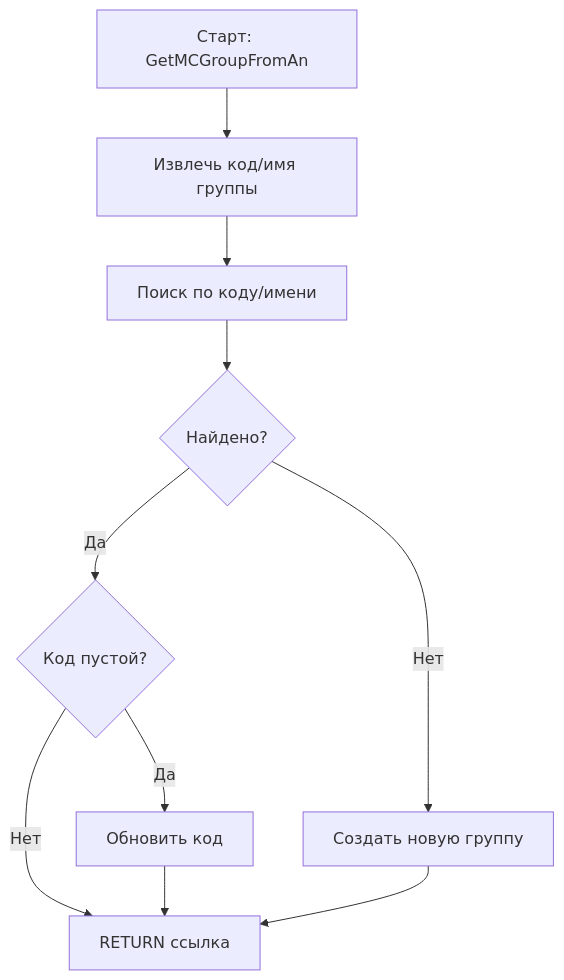
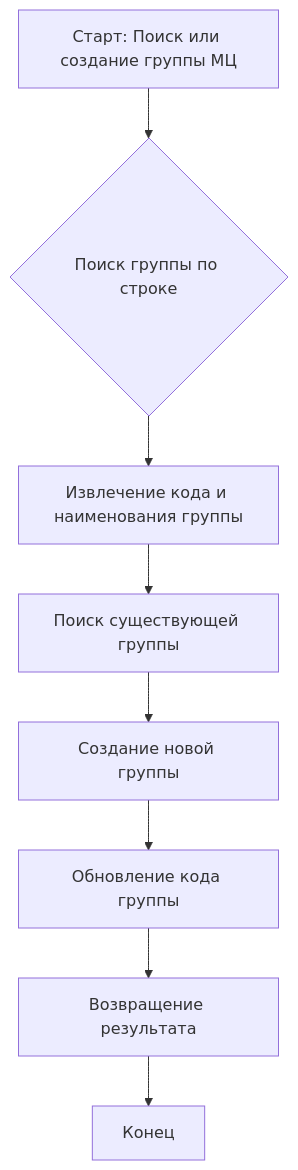
One commit to fivec/topsoft.JAM changed diagram 15 of 20 in README.md. Above: the diagram before and after it, drawn with Mermaid. The commit also changed other lines of this file, not shown here.

````diff
--- a/README.md
+++ b/README.md
@@ -412,12 +463,10 @@
 ```mermaid
 flowchart TD
-A[Старт: GetMCGroupFromAn] --> B[Извлечь код/имя группы]
-B --> C[Поиск по коду/имени]
-C --> D{Найдено?}
-D -- Да --> E{Код пустой?}
-E -- Да --> F[Обновить код]
-E -- Нет --> G[RETURN ссылка]
-F --> G
-D -- Нет --> H[Создать новую группу]
-H --> G
+    A[Старт: Поиск или создание группы МЦ] --> B{Поиск группы по строке}
+    B --> C[Извлечение кода и наименования группы]
+    C --> D[Поиск существующей группы]
+    D --> E[Создание новой группы]
+    E --> F[Обновление кода группы]
+    F --> G[Возвращение результата]
+    G --> H[Конец]
 ```
````
